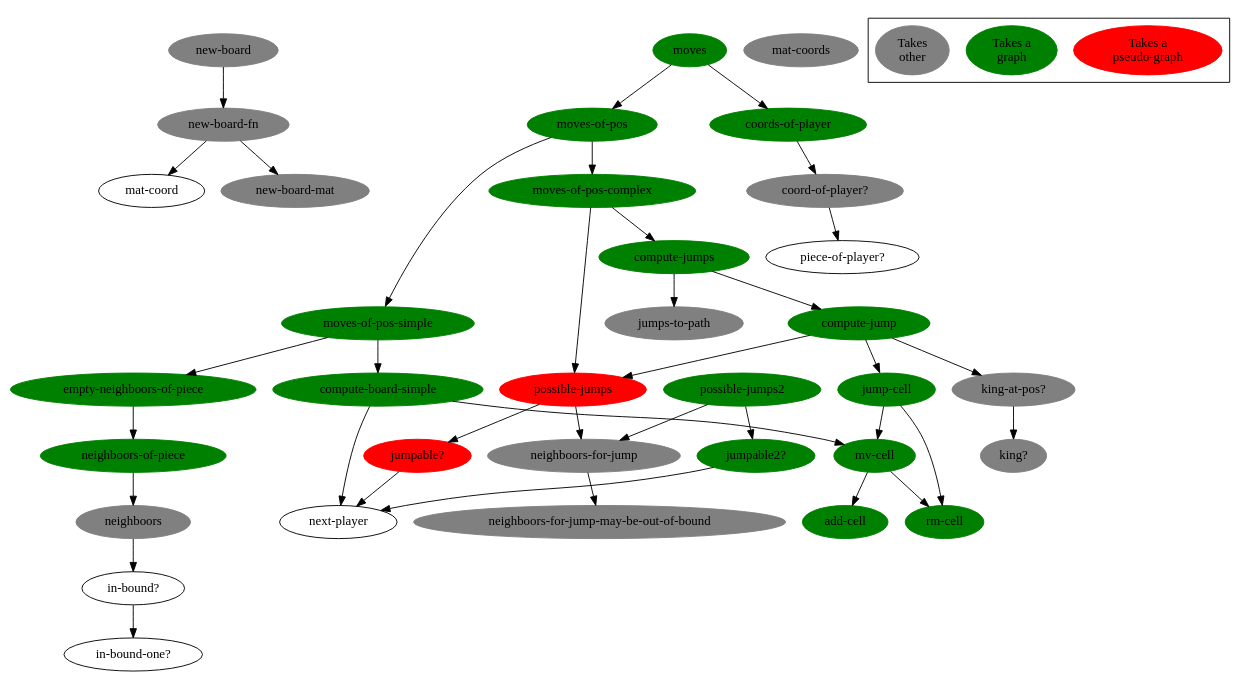
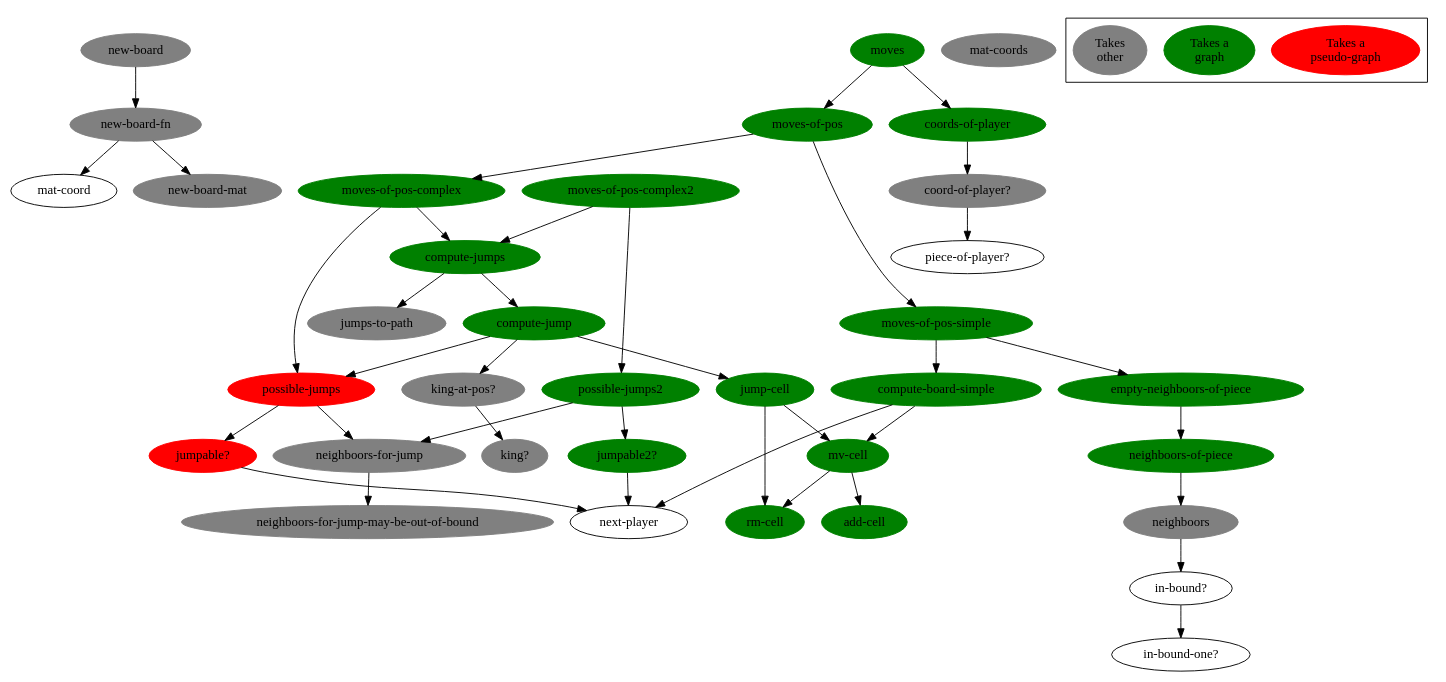
The diagram in doc/function-graph-detailled.dot (denlab/clojure-plays-checkers), drawn with Graphviz before and after one commit. The commit also changed 1 other file, not shown here.

Commit message:
refacto-in-progress: created moves-of-pos-complex2 branched on possible-jumps2

```diff
--- a/doc/function-graph-detailled.dot
+++ b/doc/function-graph-detailled.dot
@@ -1,119 +1,123 @@
 digraph funtions {
 
 /******************************************************************************
  *                         edges                                              *         
  ******************************************************************************/
 
         "new-board-fn" -> "mat-coord";
         "new-board-fn" -> "new-board-mat";
         
         "new-board" -> "new-board-fn";
 
         "in-bound?" -> "in-bound-one?";
 
         "neighboors" -> "in-bound?";
 
         "neighboors-of-piece" -> "neighboors";
 
         "empty-neighboors-of-piece" -> "neighboors-of-piece";
 
         "mv-cell" -> "rm-cell";
         "mv-cell" -> "add-cell";
 
         "compute-board-simple" -> "mv-cell";
         "compute-board-simple" -> "next-player";
 
         "moves-of-pos-simple" -> "compute-board-simple";
         "moves-of-pos-simple" ->  "empty-neighboors-of-piece";
         
         "neighboors-for-jump" -> "neighboors-for-jump-may-be-out-of-bound";
 
         "jumpable?" -> "next-player";
         "jumpable2?" -> "next-player";
 
         "possible-jumps" -> "jumpable?";
         "possible-jumps" -> "neighboors-for-jump";
 
         "possible-jumps2" -> "jumpable2?";
         "possible-jumps2" -> "neighboors-for-jump";
 
         "jump-cell" -> "rm-cell";
         "jump-cell" -> "mv-cell";
 
         "king-at-pos?" -> "king?";
 
         "compute-jump" -> "jump-cell";
         "compute-jump" -> "possible-jumps";
         "compute-jump" -> "king-at-pos?";
 
         "compute-jumps" -> "compute-jump";
         "compute-jumps" -> "jumps-to-path";
 
         "moves-of-pos-complex" -> "compute-jumps";
         "moves-of-pos-complex" -> "possible-jumps";
 
+        "moves-of-pos-complex2" -> "compute-jumps";
+        "moves-of-pos-complex2" -> "possible-jumps2";
+
         "moves-of-pos" -> "moves-of-pos-simple";
         "moves-of-pos" -> "moves-of-pos-complex";
 
         "coord-of-player?" -> "piece-of-player?";
 
         "coords-of-player" -> "coord-of-player?";
 
         "moves" -> "moves-of-pos";
         "moves" -> "coords-of-player";
 
 /******************************************************************************
  *                         nodes                                              *         
  ******************************************************************************/
 
         "moves"[bgcolor=green color=green style=filled];
         "coords-of-player"[bgcolor=green color=green style=filled];
         "moves-of-pos"[bgcolor=green color=green style=filled];
         "moves-of-pos-complex"[bgcolor=green color=green style=filled];
+        "moves-of-pos-complex2"[bgcolor=green color=green style=filled];
         "moves-of-pos-simple"[bgcolor=green color=green style=filled];
         "compute-board-simple"[bgcolor=green color=green style=filled];
         "mv-cell"[bgcolor=green color=green style=filled];
         "add-cell"[bgcolor=green color=green style=filled];
         "rm-cell"[bgcolor=green color=green style=filled];
         "empty-neighboors-of-piece"[bgcolor=green color=green style=filled];
         "neighboors-of-piece"[bgcolor=green color=green style=filled];
 
         "compute-jump"[bgcolor=green color=green style=filled];
 
         "jump-cell"[bgcolor=green color=green style=filled];
         "possible-jumps"[bgcolor=red color=red style=filled];
         "possible-jumps2"[bgcolor=green color=green style=filled];
         "jumpable?"[bgcolor=red color=red style=filled];
         "jumpable2?"[bgcolor=green color=green style=filled];
 
         "coord-of-player?"[bgcolor=grey color=grey style=filled];
         "jumps-to-path"[bgcolor=grey color=grey style=filled];
         "king-at-pos?"[bgcolor=grey color=grey style=filled];
         "king?"[bgcolor=grey color=grey style=filled];
         "neighboors-for-jump"[bgcolor=grey color=grey style=filled];
         "neighboors-for-jump-may-be-out-of-bound"[bgcolor=grey color=grey style=filled];
         "neighboors"[bgcolor=grey color=grey style=filled];
         "new-board"[bgcolor=grey color=grey style=filled];
         "new-board-fn"[bgcolor=grey color=grey style=filled];
         "new-board-mat"[bgcolor=grey color=grey style=filled];
         "mat-coords"[bgcolor=grey color=grey style=filled];
 
 
         "compute-jumps"[bgcolor=green color=green style=filled];
 
 /******************************************************************************
  *                         legend                                             *         
  ******************************************************************************/
 
         "Takes a\npseudo-graph"[bgcolor=red color=red style=filled];
         "Takes a\ngraph"[bgcolor=green color=green style=filled];
 //        "Takes\nother"[bgcolor="#94003f" color="#94003f" style=filled];
         "Takes\nother"[bgcolor=grey color=grey style=filled];
 
         subgraph "cluster-legend" {
                 "Takes a\npseudo-graph";
                 "Takes a\ngraph";
                 "Takes\nother";
         }
 
 }
```
